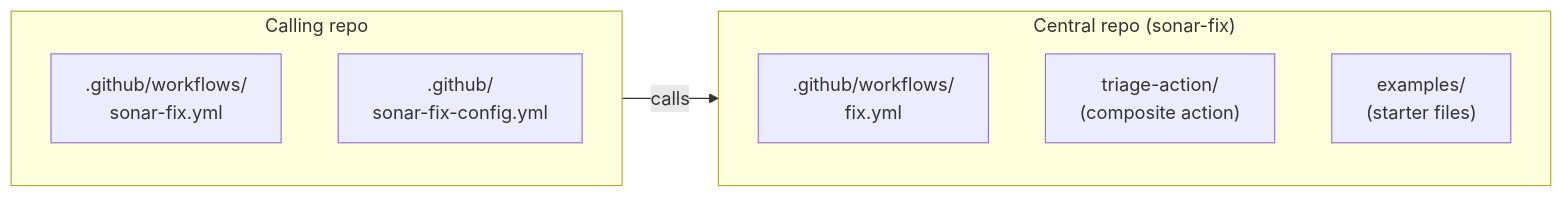
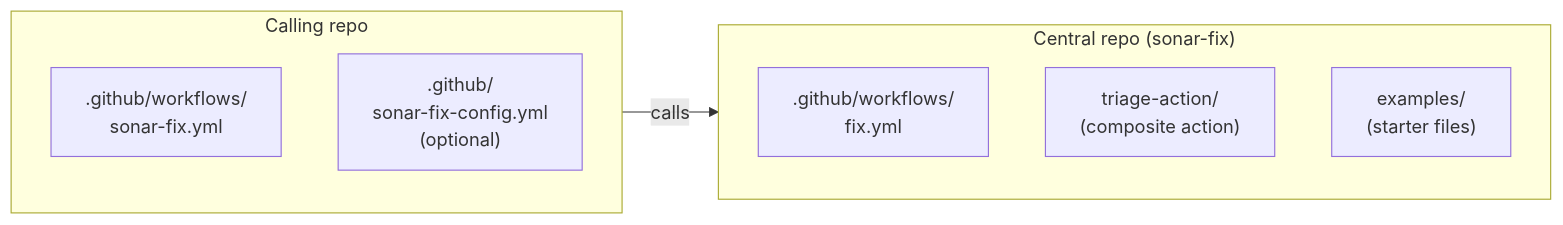
The diagram in README.md (jon-lipsky-sonarsource/sonar-fix), drawn with Mermaid before and after one commit. The commit also changed other lines of this file and 8 other files, not shown here.

````diff
--- a/README.md
+++ b/README.md
@@ -7,15 +5,15 @@
 ```mermaid
 flowchart LR
   subgraph caller["Calling repo"]
     direction TB
     cw[".github/workflows/<br/>sonar-fix.yml"]
-    cc[".github/<br/>sonar-fix-config.yml"]
+    cc[".github/<br/>sonar-fix-config.yml<br/>(optional)"]
   end
   subgraph central["Central repo (sonar-fix)"]
     direction TB
     fw[".github/workflows/<br/>fix.yml"]
     ta["triage-action/<br/>(composite action)"]
     ex["examples/<br/>(starter files)"]
   end
   cw -- calls --> fw
 ```
````
